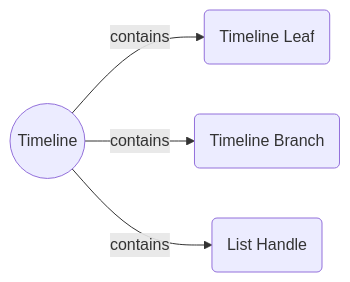
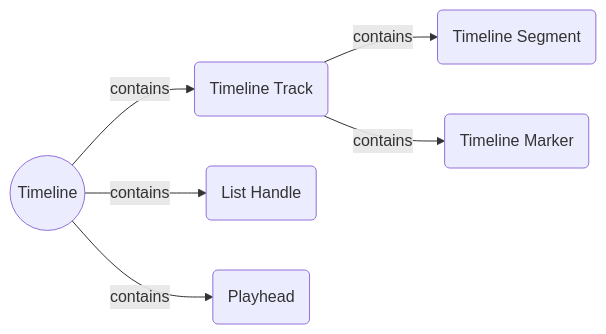
One commit to incremental-design/seamlss-design-system changed diagram 16 of 23 in Components.md. Above: the diagram before and after it, drawn with Mermaid. The commit also changed other lines of this file, not shown here.

Commit message:
update timeline, add timeline marker, timeline segment

````diff
--- a/Components.md
+++ b/Components.md
@@ -205,4 +222,5 @@
 ```mermaid
 flowchart LR
-	T((Timeline)) -- contains --> TL(Timeline Leaf) & TB(Timeline Branch) & LH(List Handle)
+	T((Timeline)) -- contains --> TT(Timeline Track) & LH(List Handle) & PH(Playhead)
+  TT -- contains --> TS(Timeline Segment) & TM(Timeline Marker)
 ```
````
